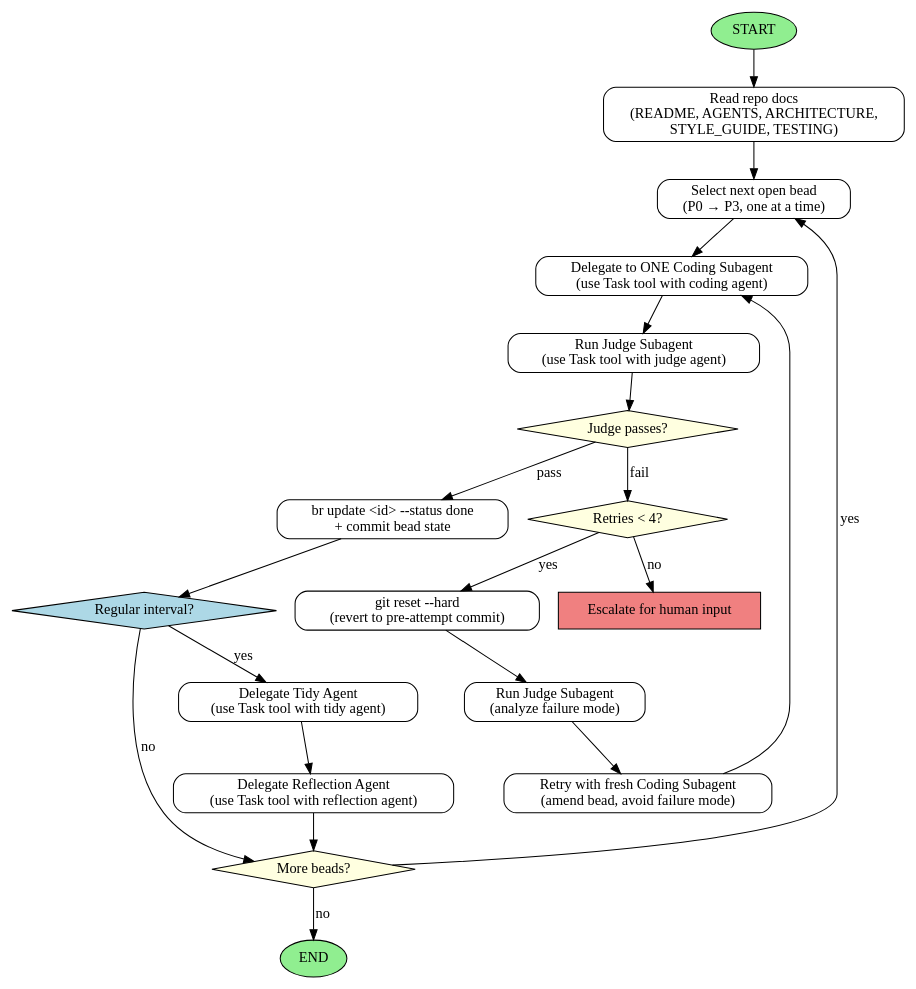
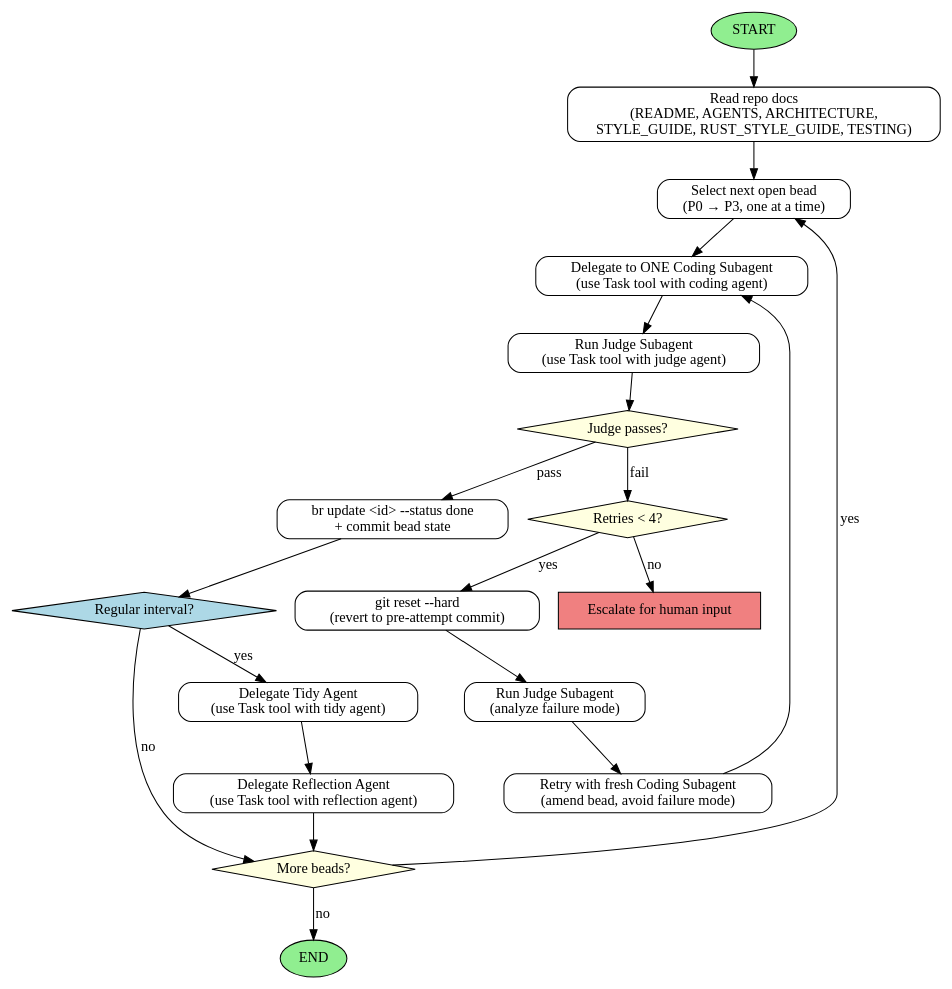
Before and after one commit to imbue-ai/ratchets: the diagram in .claude/agents/coordinator.md, drawn with Graphviz. The commit also changed other lines of this file and 16 other files, not shown here.

````diff
--- a/.claude/agents/coordinator.md
+++ b/.claude/agents/coordinator.md
@@ -125,39 +127,39 @@
 ```dot
 digraph CoordinatorWorkflow {
   rankdir=TB;
   node [shape=box, style=rounded];
 
   START [shape=ellipse, style=filled, fillcolor=lightgreen];
-  READ_DOCS [label="Read repo docs\n(README, AGENTS, ARCHITECTURE,\nSTYLE_GUIDE, TESTING)"];
+  READ_DOCS [label="Read repo docs\n(README, AGENTS, ARCHITECTURE,\nSTYLE_GUIDE, RUST_STYLE_GUIDE, TESTING)"];
   PICK_BEAD [label="Select next open bead\n(P0 → P3, one at a time)"];
   DELEGATE [label="Delegate to ONE Coding Subagent\n(use Task tool with coding agent)"];
   JUDGE [label="Run Judge Subagent\n(use Task tool with judge agent)"];
   JUDGE_RESULT [shape=diamond, style=filled, fillcolor=lightyellow, label="Judge passes?"];
   MARK_DONE [label="br update <id> --status done\n+ commit bead state"];
   MORE [shape=diamond, style=filled, fillcolor=lightyellow, label="More beads?"];
   END [shape=ellipse, style=filled, fillcolor=lightgreen];
 
   RETRIES [shape=diamond, style=filled, fillcolor=lightyellow, label="Retries < 4?"];
   RESET [label="git reset --hard\n(revert to pre-attempt commit)"];
   JUDGE_FAILURE [label="Run Judge Subagent\n(analyze failure mode)"];
   REPROMPT [label="Retry with fresh Coding Subagent\n(amend bead, avoid failure mode)"];
   ESCALATE [shape=box, style=filled, fillcolor=lightcoral, label="Escalate for human input"];
 
   INTERVAL_CHECK [shape=diamond, style=filled, fillcolor=lightblue, label="Regular interval?"];
   TIDY [label="Delegate Tidy Agent\n(use Task tool with tidy agent)"];
   REFLECTION [label="Delegate Reflection Agent\n(use Task tool with reflection agent)"];
 
   START -> READ_DOCS -> PICK_BEAD -> DELEGATE -> JUDGE -> JUDGE_RESULT;
   JUDGE_RESULT -> MARK_DONE [label="pass"];
   JUDGE_RESULT -> RETRIES [label="fail"];
   RETRIES -> RESET [label="yes"];
   RESET -> JUDGE_FAILURE -> REPROMPT -> DELEGATE;
   RETRIES -> ESCALATE [label="no"];
   MARK_DONE -> INTERVAL_CHECK;
   INTERVAL_CHECK -> TIDY [label="yes"];
   TIDY -> REFLECTION -> MORE;
   INTERVAL_CHECK -> MORE [label="no"];
   MORE -> PICK_BEAD [label="yes"];
   MORE -> END [label="no"];
 }
 ```
````
